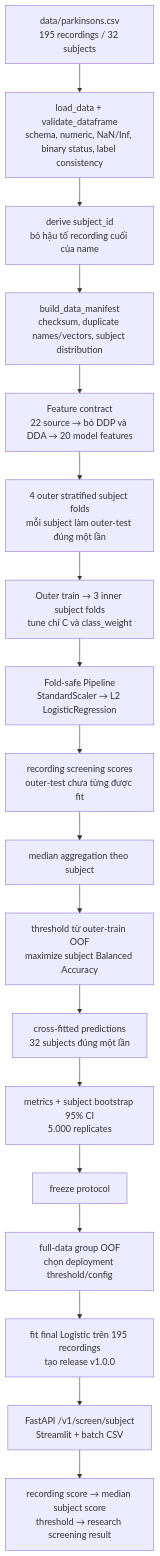
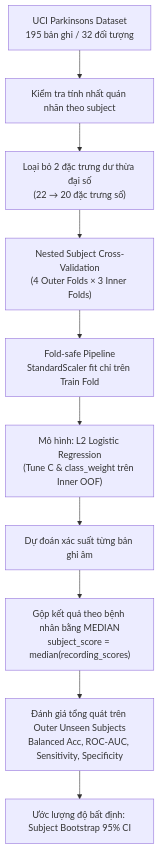
One commit to haminhthong/Parkinsons-Voice-Classification changed the diagram in README.md. Above: the diagram before and after it, drawn with Mermaid. The commit also changed other lines of this file and 42 other files, not shown here.

````diff
--- a/README.md
+++ b/README.md
@@ -31,20 +52,12 @@
 ```mermaid
 flowchart TD
-    A["data/parkinsons.csv<br/>195 recordings / 32 subjects"] --> B["load_data + validate_dataframe<br/>schema, numeric, NaN/Inf, binary status, label consistency"]
-    B --> C["derive subject_id<br/>bỏ hậu tố recording cuối của name"]
-    C --> D["build_data_manifest<br/>checksum, duplicate names/vectors, subject distribution"]
-    D --> E["Feature contract<br/>22 source → bỏ DDP và DDA → 20 model features"]
-    E --> F["4 outer stratified subject folds<br/>mỗi subject làm outer-test đúng một lần"]
-    F --> G["Outer train → 3 inner subject folds<br/>tune chỉ C và class_weight"]
-    G --> H["Fold-safe Pipeline<br/>StandardScaler → L2 LogisticRegression"]
-    H --> I["recording screening scores<br/>outer-test chưa từng được fit"]
-    I --> J["median aggregation theo subject"]
-    J --> K["threshold từ outer-train OOF<br/>maximize subject Balanced Accuracy"]
-    K --> L["cross-fitted predictions<br/>32 subjects đúng một lần"]
-    L --> M["metrics + subject bootstrap 95% CI<br/>5.000 replicates"]
-    M --> N["freeze protocol"]
-    N --> O["full-data group OOF<br/>chọn deployment threshold/config"]
-    O --> P["fit final Logistic trên 195 recordings<br/>tạo release v1.0.0"]
-    P --> Q["FastAPI /v1/screen/subject<br/>Streamlit + batch CSV"]
-    Q --> R["recording score → median subject score<br/>threshold → research screening result"]
+    A["UCI Parkinsons Dataset<br/>195 bản ghi / 32 đối tượng"] --> B["Kiểm tra tính nhất quán nhãn theo subject"]
+    B --> C["Loại bỏ 2 đặc trưng dư thừa đại số<br/>(22 → 20 đặc trưng số)"]
+    C --> D["Nested Subject Cross-Validation<br/>(4 Outer Folds × 3 Inner Folds)"]
+    D --> E["Fold-safe Pipeline<br/>StandardScaler fit chỉ trên Train Fold"]
+    E --> F["Mô hình: L2 Logistic Regression<br/>(Tune C & class_weight trên Inner OOF)"]
+    F --> G["Dự đoán xác suất từng bản ghi âm"]
+    G --> H["Gộp kết quả theo bệnh nhân bằng MEDIAN<br/>subject_score = median(recording_scores)"]
+    H --> I["Đánh giá tổng quát trên Outer Unseen Subjects<br/>Balanced Acc, ROC-AUC, Sensitivity, Specificity"]
+    I --> J["Ước lượng độ bất định: Subject Bootstrap 95% CI"]
 ```
````
